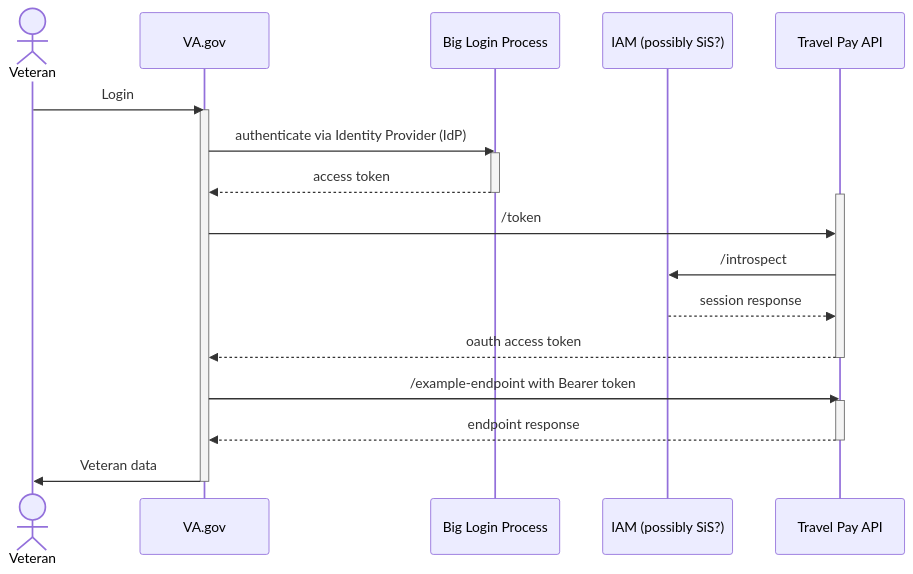
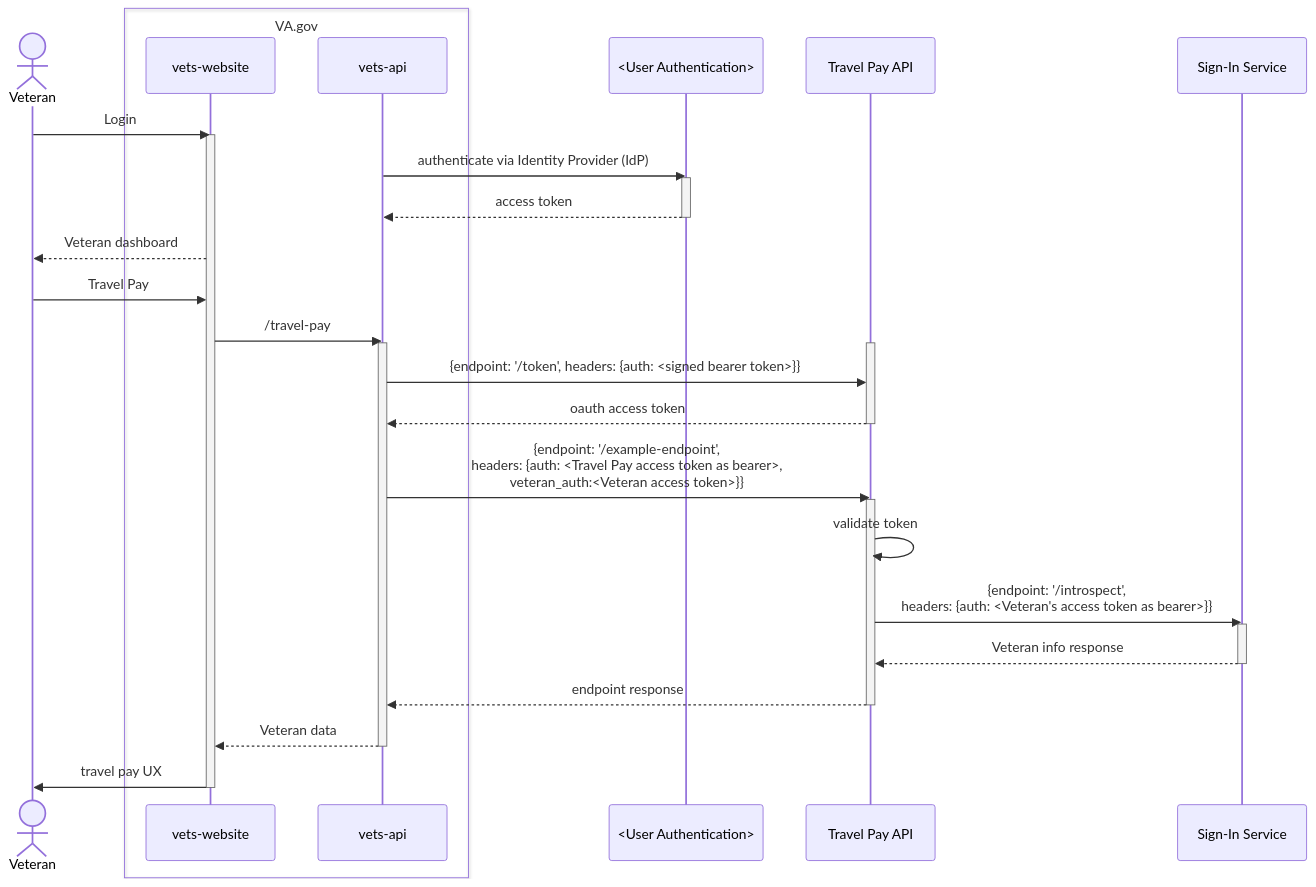
The diagram in products/health-care/beneficiary-travel/engineering/auth-seq-diagram.md (department-of-veterans-affairs/va.gov-team), drawn with Mermaid before and after one commit.

Commit message:
Added detail to auth-seq-diagram.md

````diff
--- a/products/health-care/beneficiary-travel/engineering/auth-seq-diagram.md
+++ b/products/health-care/beneficiary-travel/engineering/auth-seq-diagram.md
@@ -1,29 +1,48 @@
 ```mermaid
 sequenceDiagram
   actor v as Veteran
-  participant vagov as VA.gov
-  participant blp as Big Login Process
-  participant iam as IAM (possibly SiS?)
+  box VA.gov
+    participant vweb as vets-website
+    participant vapi as vets-api
+  end
+  participant uauth as <User Authentication>
   participant tpapi as Travel Pay API
+  participant sis as Sign-In Service
 
-  v->>vagov: Login
-  activate vagov
-  vagov->>blp: authenticate via Identity Provider (IdP)
-  activate blp
-  blp-->>vagov: access token
-  deactivate blp
+  v->>vweb: Login
+  activate vweb
+    vapi->>uauth: authenticate via Identity Provider (IdP)
 
-  activate tpapi
-  vagov->>tpapi: /token
-  tpapi->>iam: /introspect
-  iam-->>tpapi: session response
-  tpapi-->>vagov: oauth access token
-  deactivate tpapi
+    activate uauth
+      uauth-->>vapi: access token
+    deactivate uauth
 
-  vagov->>tpapi: /example-endpoint with Bearer token
-  activate tpapi
-  tpapi-->>vagov: endpoint response
-  deactivate tpapi
-  vagov->>v: Veteran data
-  deactivate vagov
+    vweb-->>v: Veteran dashboard
+    v->>vweb: Travel Pay
+    vweb->>vapi: /travel-pay
+    activate vapi
+
+    activate tpapi
+      vapi->>tpapi: {endpoint: '/token', headers: {auth: <signed bearer token>}}
+
+      tpapi-->>vapi: oauth access token
+    deactivate tpapi
+
+    vapi->>tpapi: {endpoint: '/example-endpoint',<br/>headers: {auth: <Travel Pay access token as bearer>,<br/>veteran_auth:<Veteran access token>}}
+
+    activate tpapi
+      tpapi->>tpapi: validate token
+
+      tpapi->>sis: {endpoint: '/introspect',<br/>headers: {auth: <Veteran's access token as bearer>}}
+      activate sis
+        sis-->>tpapi: Veteran info response
+      deactivate sis
+
+      tpapi-->>vapi: endpoint response
+    deactivate tpapi
+    
+    vapi-->>vweb: Veteran data
+    deactivate vapi
+    vweb->>v: travel pay UX
+  deactivate vweb
 ```
````
